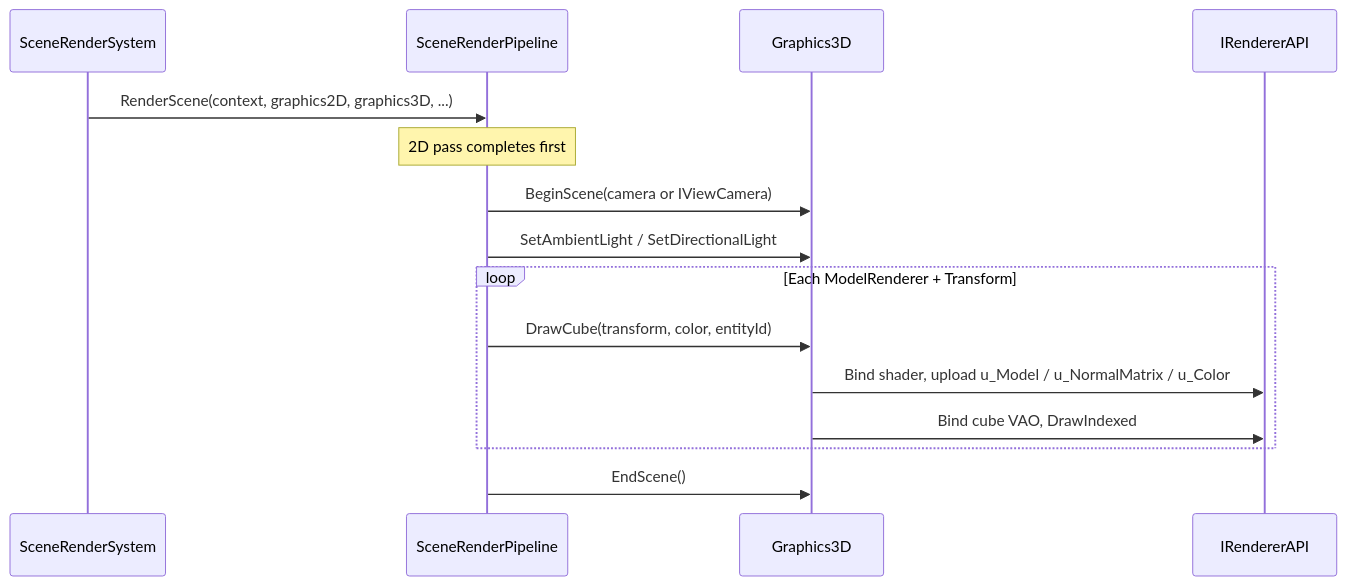
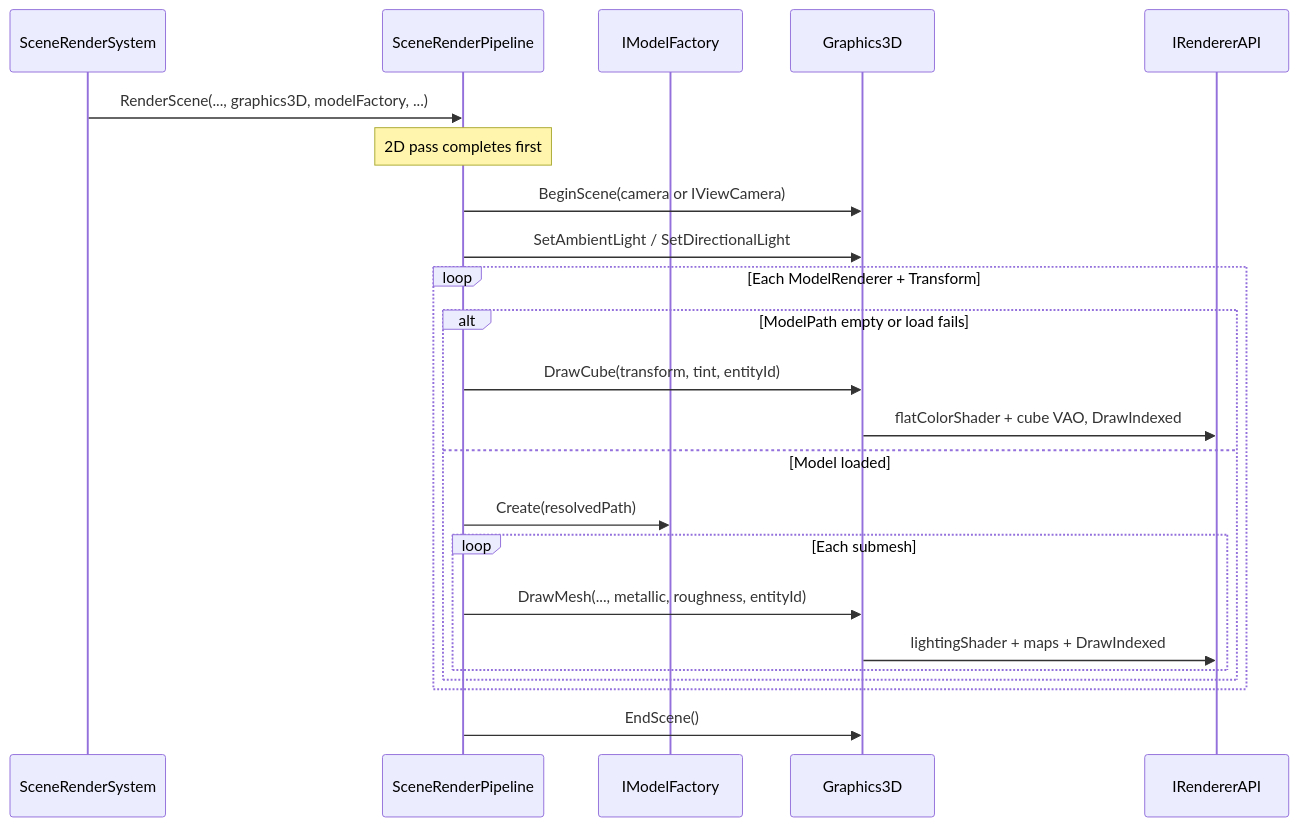
Before and after one commit to kateusz/GameEngine: the diagram in docs/opengl/opengl-3d-workflow.md, drawn with Mermaid. The commit also changed other lines of this file and 9 other files, not shown here.

````diff
--- a/docs/opengl/opengl-3d-workflow.md
+++ b/docs/opengl/opengl-3d-workflow.md
@@ -59,18 +61,26 @@
 ```mermaid
 sequenceDiagram
     participant SRS as SceneRenderSystem
     participant SRP as SceneRenderPipeline
+    participant MF as IModelFactory
     participant G3D as Graphics3D
     participant GPU as IRendererAPI
 
-    SRS->>SRP: RenderScene(context, graphics2D, graphics3D, ...)
+    SRS->>SRP: RenderScene(..., graphics3D, modelFactory, ...)
     Note over SRP: 2D pass completes first
     SRP->>G3D: BeginScene(camera or IViewCamera)
     SRP->>G3D: SetAmbientLight / SetDirectionalLight
     loop Each ModelRenderer + Transform
-        SRP->>G3D: DrawCube(transform, color, entityId)
-        G3D->>GPU: Bind shader, upload u_Model / u_NormalMatrix / u_Color
-        G3D->>GPU: Bind cube VAO, DrawIndexed
+        alt ModelPath empty or load fails
+            SRP->>G3D: DrawCube(transform, tint, entityId)
+            G3D->>GPU: flatColorShader + cube VAO, DrawIndexed
+        else Model loaded
+            SRP->>MF: Create(resolvedPath)
+            loop Each submesh
+                SRP->>G3D: DrawMesh(..., metallic, roughness, entityId)
+                G3D->>GPU: lightingShader + maps + DrawIndexed
+            end
+        end
     end
     SRP->>G3D: EndScene()
 ```
````
